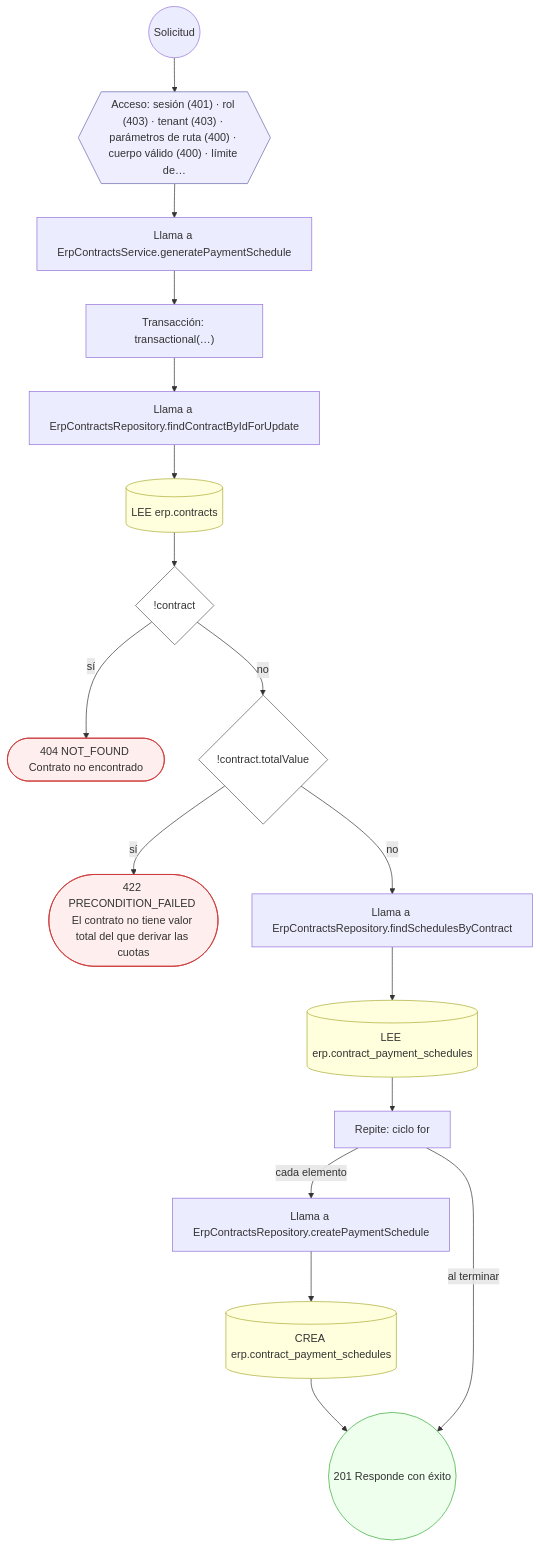
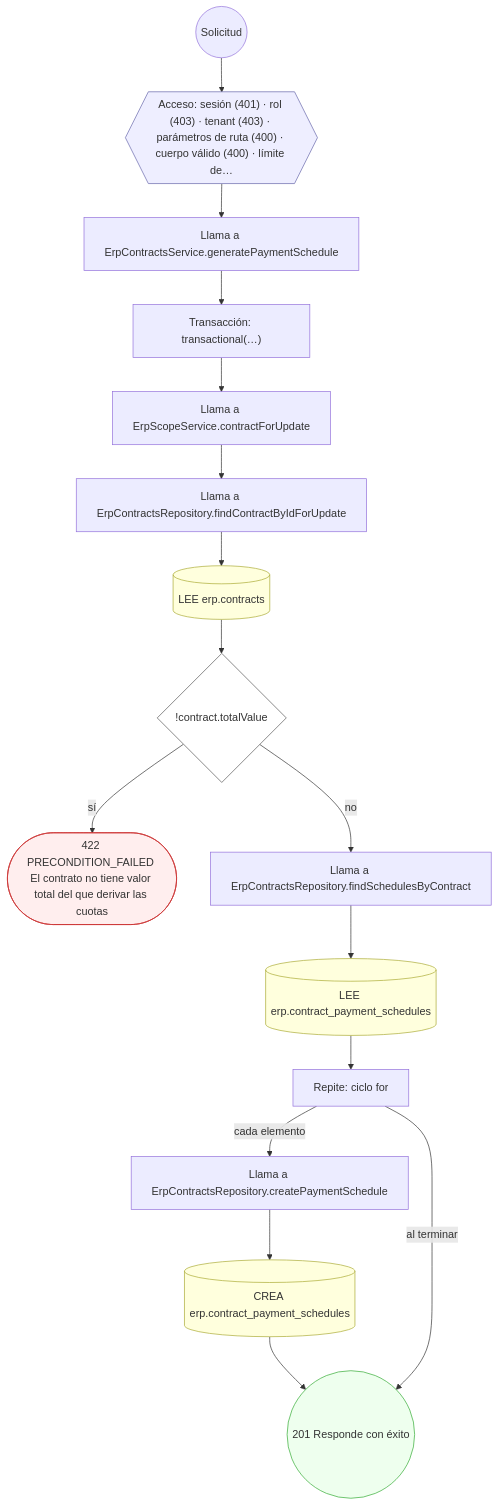
Before and after one commit to mdavila-2001/mantra-core-health-api: the eighth of 16 diagrams in docs/inventario/flujos/erp.md, drawn with Mermaid. The commit also changed other lines of this file and 438 other files, not shown here.

````diff
--- a/docs/inventario/flujos/erp.md
+++ b/docs/inventario/flujos/erp.md
@@ -558,41 +589,39 @@
 ```mermaid
 flowchart TD
   n1(("Solicitud")):::inicio
   n2{{"Acceso: sesión (401) · rol (403) · tenant (403) · parámetros de ruta (400) · cuerpo válido (400) · límite de…"}}:::acceso
   n1 --> n2
   n3["Llama a ErpContractsService.generatePaymentSchedule"]:::llamada
   n2 --> n3
   n4["Transacción: transactional(…)"]:::transaccion
   n3 --> n4
-  n5["Llama a ErpContractsRepository.findContractByIdForUpdate"]:::llamada
+  n5["Llama a ErpScopeService.contractForUpdate"]:::llamada
   n4 --> n5
-  n6[("LEE erp.contracts")]:::efecto
+  n6["Llama a ErpContractsRepository.findContractByIdForUpdate"]:::llamada
   n5 --> n6
-  n7{"!contract"}:::decision
+  n7[("LEE erp.contracts")]:::efecto
   n6 --> n7
-  n8(["404 NOT_FOUND Contrato no encontrado"]):::error
-  n7 -->|"sí"| n8
-  n9{"!contract.totalValue"}:::decision
-  n7 -->|"no"| n9
-  n10(["422 PRECONDITION_FAILED El contrato no tiene valor total del que derivar las cuotas"]):::error
-  n9 -->|"sí"| n10
-  n11["Llama a ErpContractsRepository.findSchedulesByContract"]:::llamada
-  n9 -->|"no"| n11
-  n12[("LEE erp.contract_payment_schedules")]:::efecto
+  n8{"!contract.totalValue"}:::decision
+  n7 --> n8
+  n9(["422 PRECONDITION_FAILED El contrato no tiene valor total del que derivar las cuotas"]):::error
+  n8 -->|"sí"| n9
+  n10["Llama a ErpContractsRepository.findSchedulesByContract"]:::llamada
+  n8 -->|"no"| n10
+  n11[("LEE erp.contract_payment_schedules")]:::efecto
+  n10 --> n11
+  n12["Repite: ciclo for"]:::bucle
   n11 --> n12
-  n13["Repite: ciclo for"]:::bucle
-  n12 --> n13
-  n14["Llama a ErpContractsRepository.createPaymentSchedule"]:::llamada
-  n13 -->|"cada elemento"| n14
-  n15[("CREA erp.contract_payment_schedules")]:::efecto
+  n13["Llama a ErpContractsRepository.createPaymentSchedule"]:::llamada
+  n12 -->|"cada elemento"| n13
+  n14[("CREA erp.contract_payment_schedules")]:::efecto
+  n13 --> n14
+  n15(("201 Responde con éxito")):::ok
   n14 --> n15
-  n16(("201 Responde con éxito")):::ok
-  n15 --> n16
-  n13 -->|"al terminar"| n16
+  n12 -->|"al terminar"| n15
   classDef acceso fill:#eef,stroke:#66a
   classDef error fill:#fee,stroke:#c33
   classDef ok fill:#efe,stroke:#3a3
   classDef efecto fill:#ffd,stroke:#aa3
   classDef decision fill:#fff,stroke:#555
   classDef corte fill:#eee,stroke:#999,stroke-dasharray: 4
 ```
````
